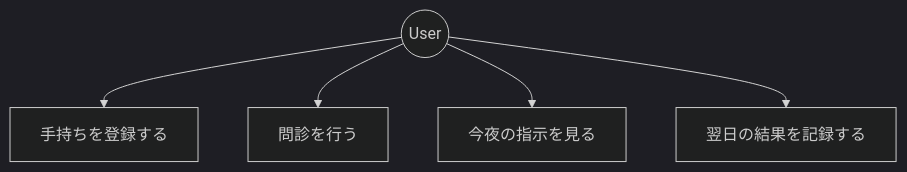
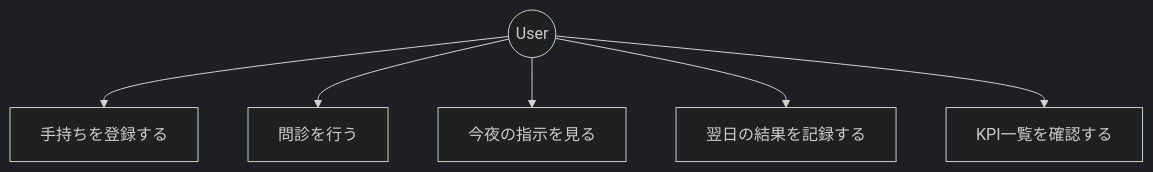
The third of 4 diagrams in docs/functional-design.md (MasanoriSuda/ba-pocket), drawn with Mermaid (dark theme) before and after one commit. The commit also changed other lines of this file and 30 other files, not shown here.

````diff
--- a/docs/functional-design.md
+++ b/docs/functional-design.md
@@ -124,13 +142,15 @@
 ```mermaid
 flowchart TD
   User((User))
   Use1[問診を行う]
   Use2[手持ちを登録する]
   Use3[今夜の指示を見る]
   Use4[翌日の結果を記録する]
+  Use5[KPI一覧を確認する]
 
   User --> Use2
   User --> Use1
   User --> Use3
   User --> Use4
+  User --> Use5
 ```
````
